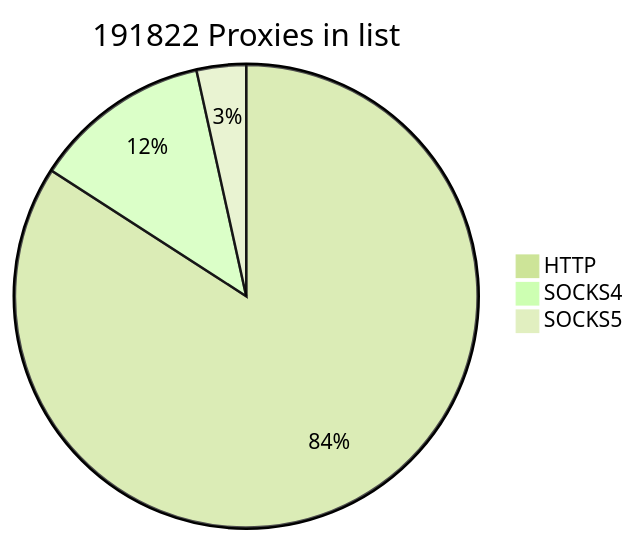
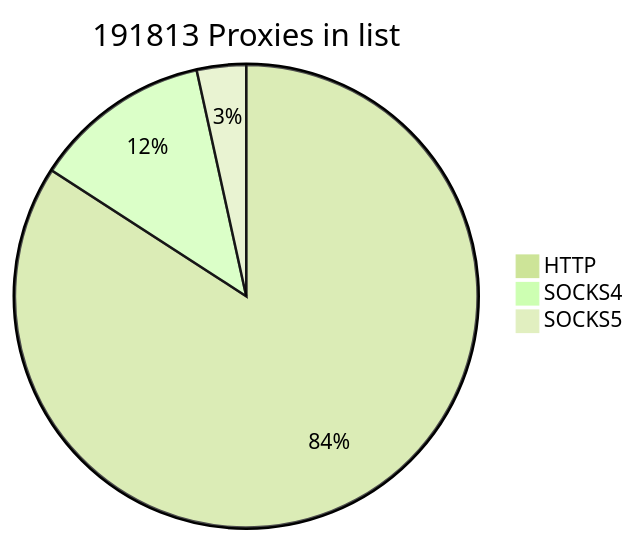
Before and after one commit to cutipu/proxylist: the first of 2 diagrams in README.md, drawn with Mermaid (forest theme). The commit also changed other lines of this file, not shown here.

````diff
--- a/README.md
+++ b/README.md
@@ -2,7 +2,7 @@
 ```mermaid
-pie title 191822 Proxies in list
-    "HTTP" : 161363
-    "SOCKS4" : 23836
-    "SOCKS5" : 6623
+pie title 191813 Proxies in list
+    "HTTP" : 161388
+    "SOCKS4" : 23830
+    "SOCKS5" : 6595
             
 ```
````
